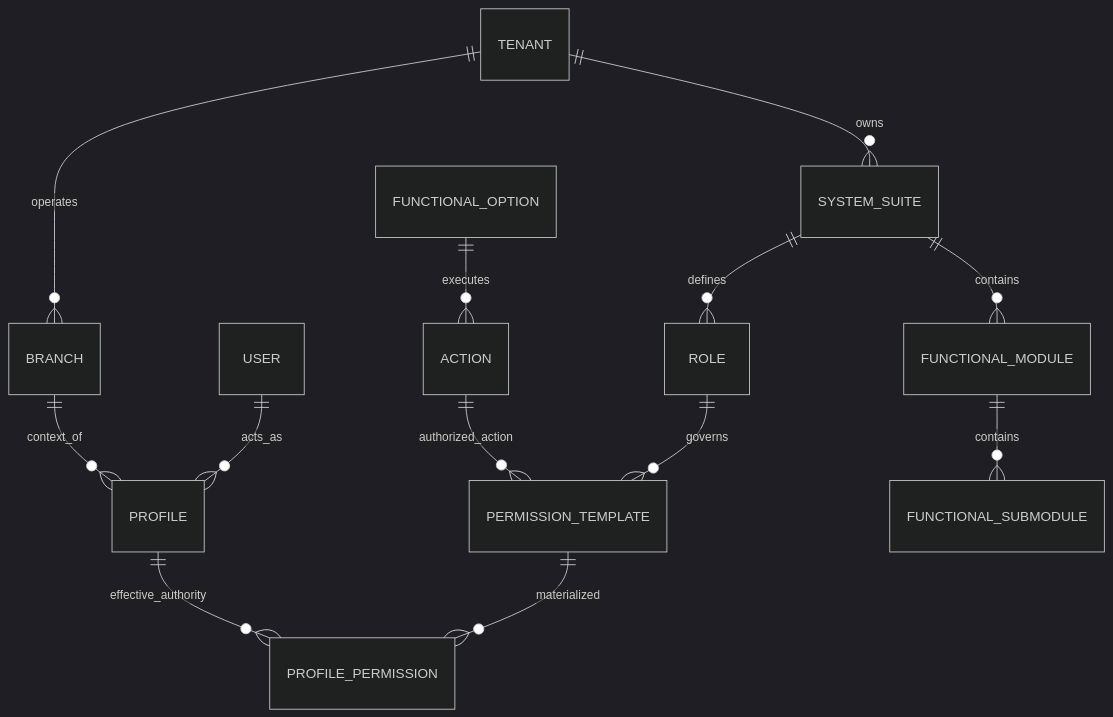
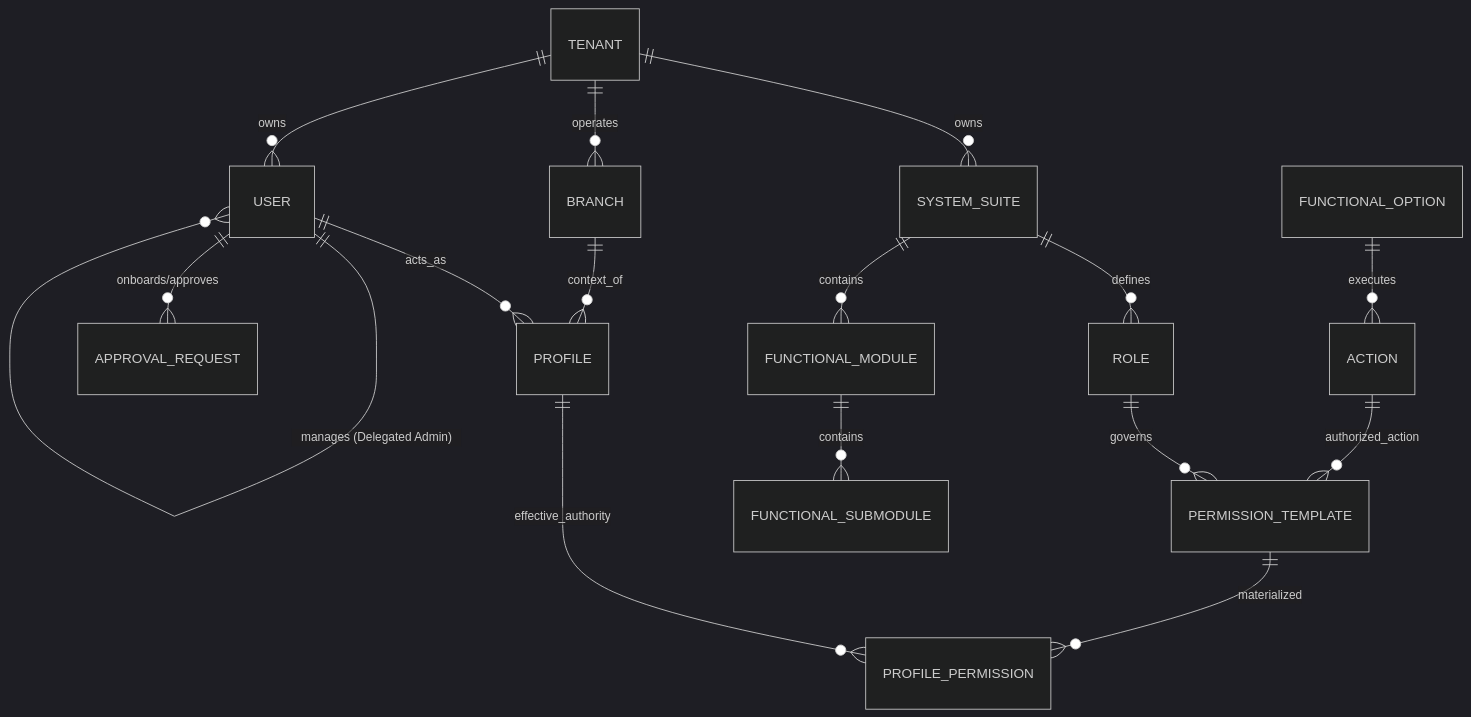
The first of 4 diagrams in architecture/blueprints/database-design-er.md (beyondnetcode/ums), drawn with Mermaid (dark theme) before and after one commit. The commit also changed other lines of this file and 4 other files, not shown here.

Commit message:
feat(auth): implement delegated administration and approval workflows for identity governance (ADR 0029)

````diff
--- a/architecture/blueprints/database-design-er.md
+++ b/architecture/blueprints/database-design-er.md
@@ -27,19 +27,23 @@
 ```mermaid
 erDiagram
     TENANT ||--o{ SYSTEM_SUITE : "owns"
     TENANT ||--o{ BRANCH : "operates"
+    TENANT ||--o{ USER : "owns"
     SYSTEM_SUITE ||--o{ ROLE : "defines"
     SYSTEM_SUITE ||--o{ FUNCTIONAL_MODULE : "contains"
     
     ROLE ||--o{ PERMISSION_TEMPLATE : "governs"
     PERMISSION_TEMPLATE ||--o{ PROFILE_PERMISSION : "materialized"
     
     USER ||--o{ PROFILE : "acts_as"
+    USER ||--o{ USER : "manages (Delegated Admin)"
+    USER ||--o{ APPROVAL_REQUEST : "onboards/approves"
+    
     BRANCH ||--o{ PROFILE : "context_of"
     PROFILE ||--o{ PROFILE_PERMISSION : "effective_authority"
     
     FUNCTIONAL_MODULE ||--o{ FUNCTIONAL_SUBMODULE : "contains"
     FUNCTIONAL_OPTION ||--o{ ACTION : "executes"
     
     ACTION ||--o{ PERMISSION_TEMPLATE : "authorized_action"
 ```
````
